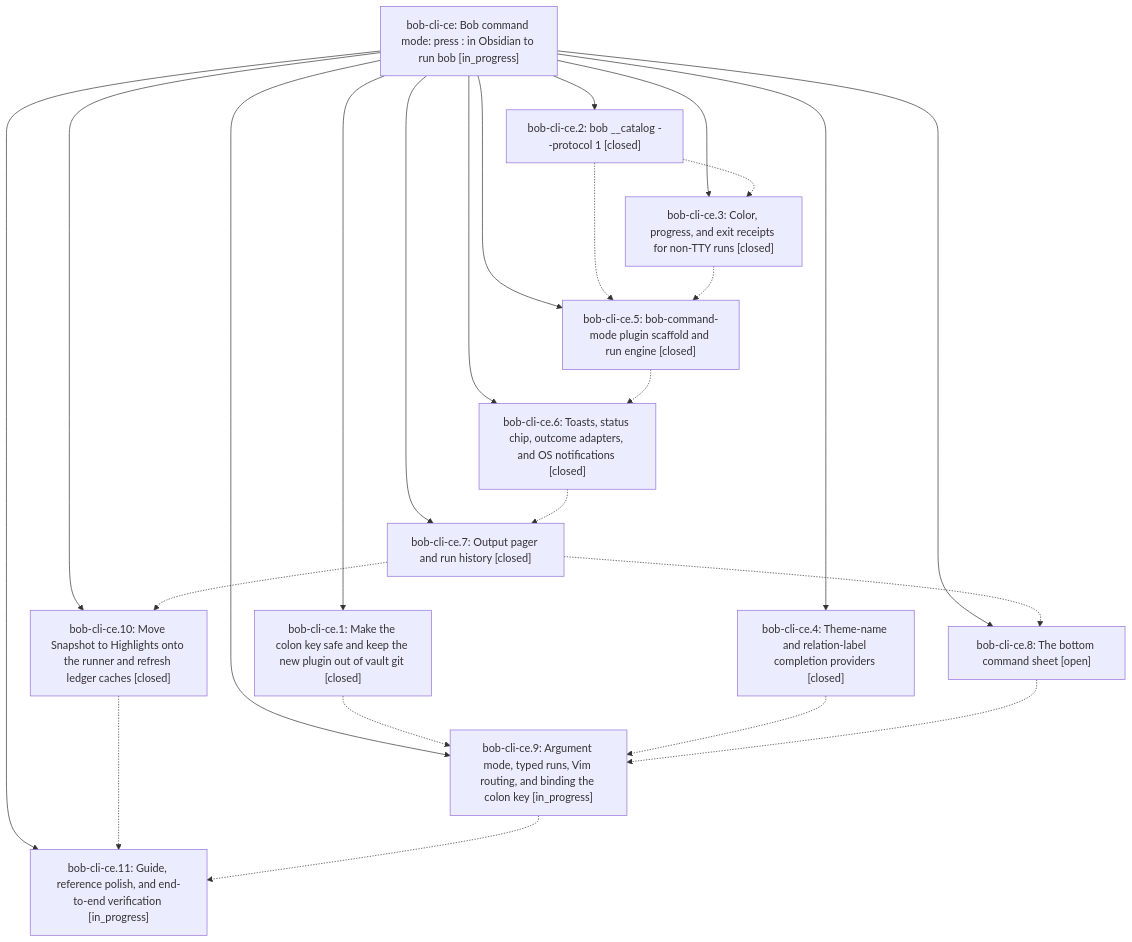
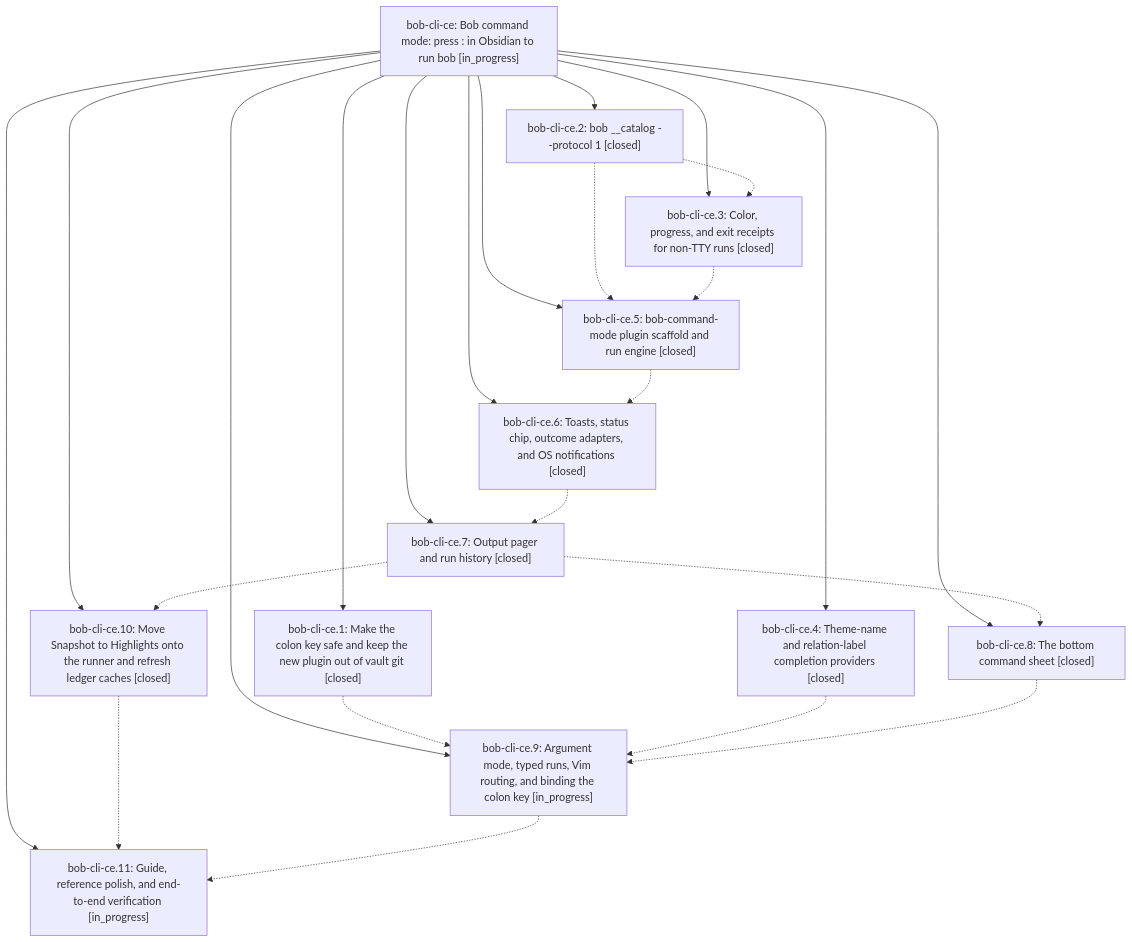
The diagram in pages/bob-cli-ce/README.md (bobs-org/bob-cli--beads), drawn with Mermaid before and after one commit. The commit also changed other lines of this file and 4 other files, not shown here.

First line of the commit message:
chore(beads): sync bead state and pages for bob-cli-ce

````diff
--- a/pages/bob-cli-ce/README.md
+++ b/pages/bob-cli-ce/README.md
@@ -46,38 +46,38 @@
 ```mermaid
 flowchart TD
     n0["bob-cli-ce: Bob command mode: press : in Obsidian to run bob [in_progress]"]
     n1["bob-cli-ce.1: Make the colon key safe and keep the new plugin out of vault git [closed]"]
     n2["bob-cli-ce.10: Move Snapshot to Highlights onto the runner and refresh ledger caches [closed]"]
     n3["bob-cli-ce.11: Guide, reference polish, and end-to-end verification [in_progress]"]
     n4["bob-cli-ce.2: bob __catalog --protocol 1 [closed]"]
     n5["bob-cli-ce.3: Color, progress, and exit receipts for non-TTY runs [closed]"]
     n6["bob-cli-ce.4: Theme-name and relation-label completion providers [closed]"]
     n7["bob-cli-ce.5: bob-command-mode plugin scaffold and run engine [closed]"]
     n8["bob-cli-ce.6: Toasts, status chip, outcome adapters, and OS notifications [closed]"]
     n9["bob-cli-ce.7: Output pager and run history [closed]"]
-    n10["bob-cli-ce.8: The bottom command sheet [open]"]
+    n10["bob-cli-ce.8: The bottom command sheet [closed]"]
     n11["bob-cli-ce.9: Argument mode, typed runs, Vim routing, and binding the colon key [in_progress]"]
     n0 --> n1
     n0 --> n2
     n0 --> n3
     n0 --> n4
     n0 --> n5
     n0 --> n6
     n0 --> n7
     n0 --> n8
     n0 --> n9
     n0 --> n10
     n0 --> n11
     n1 -.-> n11
     n2 -.-> n3
     n4 -.-> n5
     n4 -.-> n7
     n5 -.-> n7
     n6 -.-> n11
     n7 -.-> n8
     n8 -.-> n9
     n9 -.-> n2
     n9 -.-> n10
     n10 -.-> n11
     n11 -.-> n3
 ```
````
